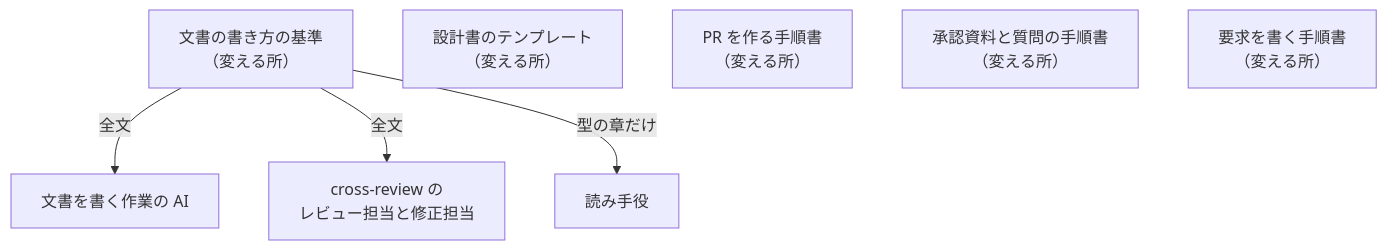
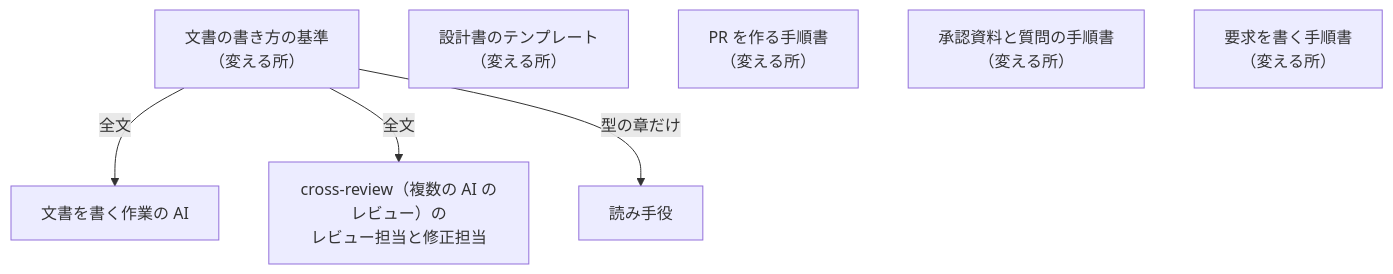
The first of 2 diagrams in issues/issue-4543-design.md (devbasex/ai-plugins), drawn with Mermaid before and after one commit. The commit also changed other lines of this file, not shown here.

````diff
--- a/issues/issue-4543-design.md
+++ b/issues/issue-4543-design.md
@@ -11,11 +11,11 @@
 ```mermaid
 graph TD
     C["文書の書き方の基準<br/>（変える所）"]
     C -->|全文| W["文書を書く作業の AI"]
-    C -->|全文| X["cross-review の<br/>レビュー担当と修正担当"]
+    C -->|全文| X["cross-review（複数の AI のレビュー）の<br/>レビュー担当と修正担当"]
     C -->|型の章だけ| R["読み手役"]
     T["設計書のテンプレート<br/>（変える所）"]
     P["PR を作る手順書<br/>（変える所）"]
     A["承認資料と質問の手順書<br/>（変える所）"]
     Q["要求を書く手順書<br/>（変える所）"]
 ```
````
